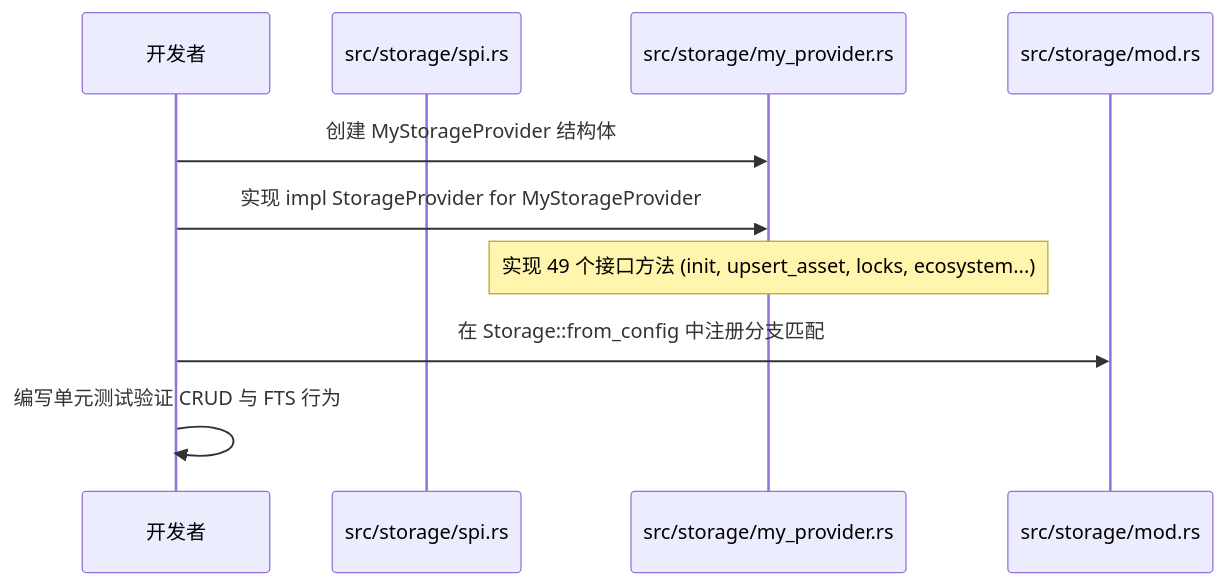
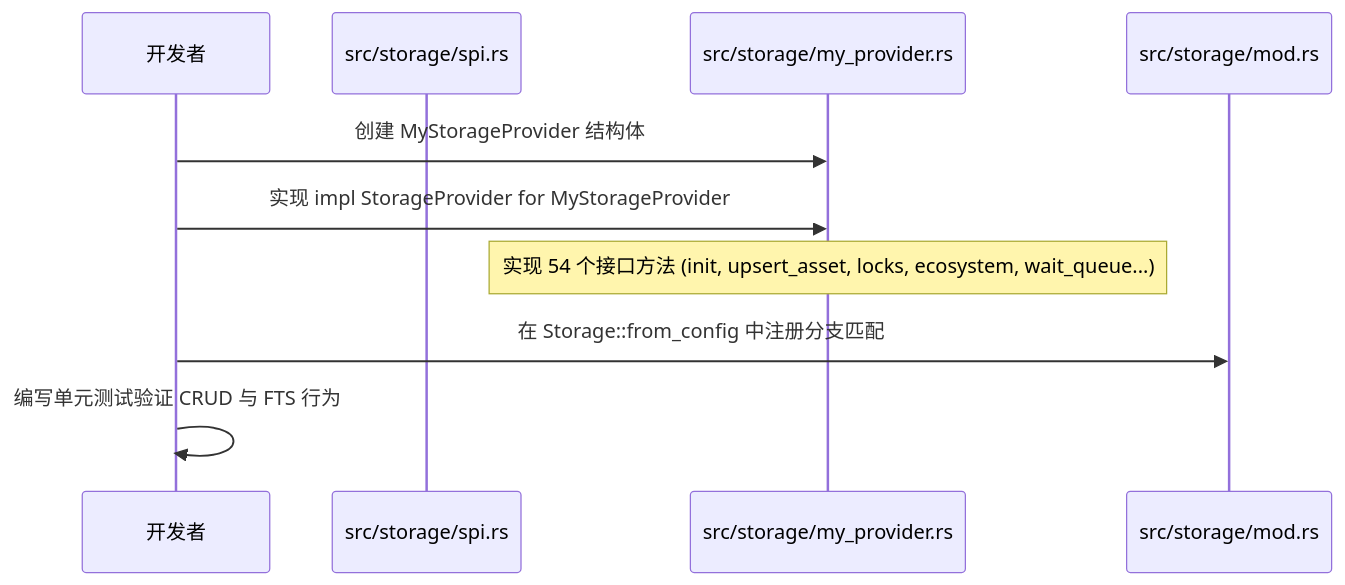
The second of 2 diagrams in arch/02-for-developers.md (digoal/agent-body), drawn with Mermaid before and after one commit. The commit also changed other lines of this file and 31 other files, not shown here.

First line of the commit message:
feat(phase17): intelligent WFG deadlock detection & lock wait-queue wakeup

````diff
--- a/arch/02-for-developers.md
+++ b/arch/02-for-developers.md
@@ -151,13 +151,13 @@
 ```mermaid
 sequenceDiagram
     participant Dev as 开发者
     participant SPI as src/storage/spi.rs
     participant Impl as src/storage/my_provider.rs
     participant Facade as src/storage/mod.rs
 
     Dev->>Impl: 创建 MyStorageProvider 结构体
     Dev->>Impl: 实现 impl StorageProvider for MyStorageProvider
-    Note over Impl: 实现 49 个接口方法 (init, upsert_asset, locks, ecosystem...)
+    Note over Impl: 实现 54 个接口方法 (init, upsert_asset, locks, ecosystem, wait_queue...)
     Dev->>Facade: 在 Storage::from_config 中注册分支匹配
     Dev->>Dev: 编写单元测试验证 CRUD 与 FTS 行为
 ```
````
